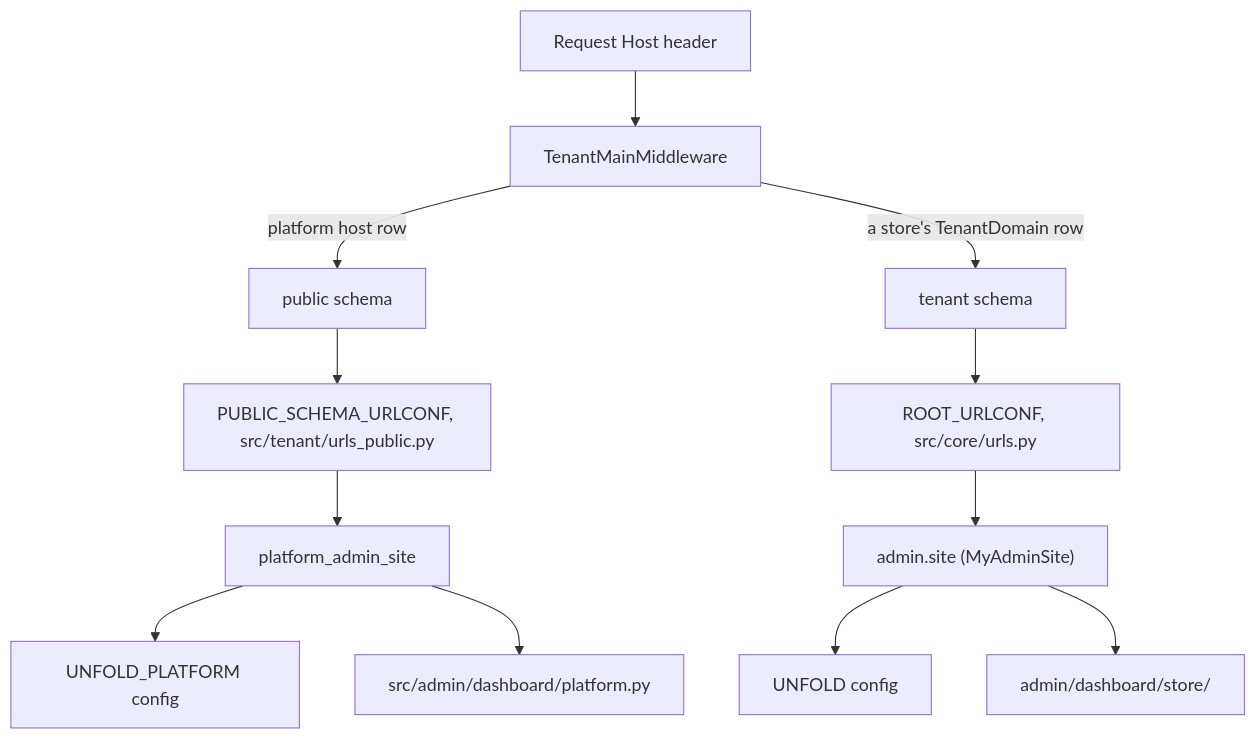
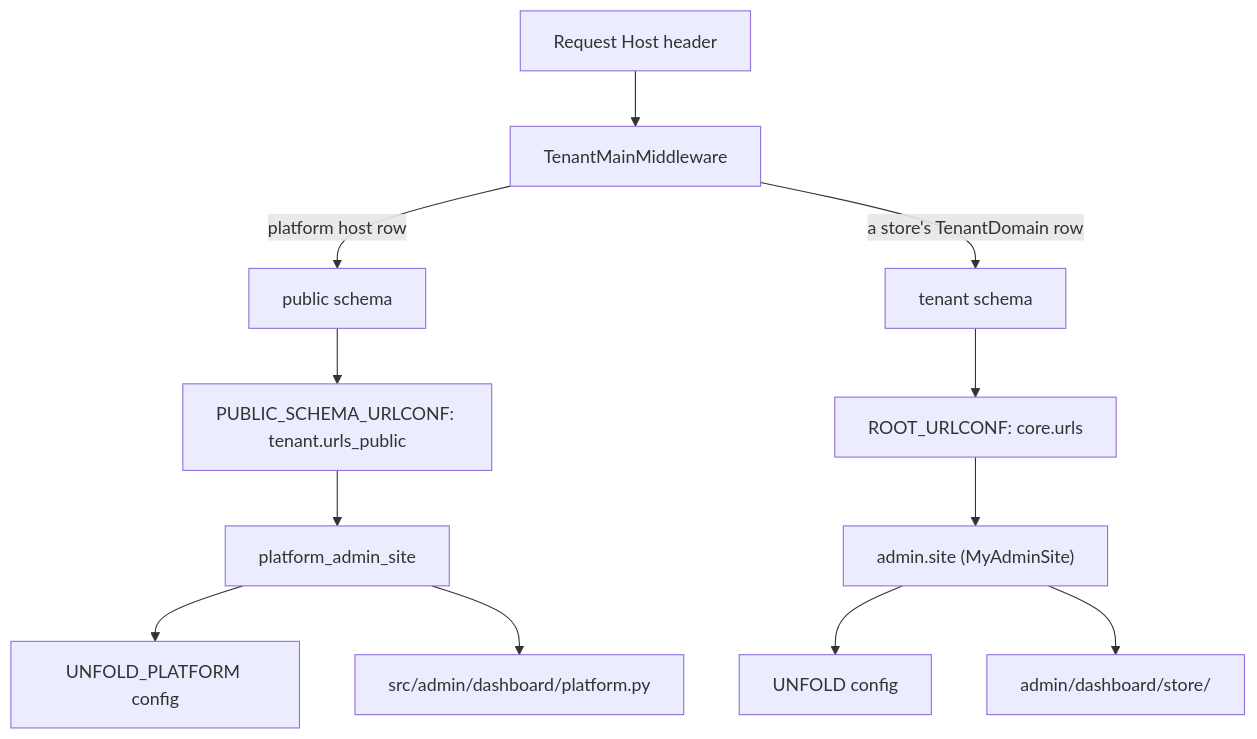
One commit to vasilistotskas/grooveshop-docs changed the diagram in src/dev/operator/index.md. Above: the diagram before and after it, drawn with Mermaid. The commit also changed other lines of this file and 12 other files, not shown here.

````diff
--- a/src/dev/operator/index.md
+++ b/src/dev/operator/index.md
@@ -23,14 +23,14 @@
 ```mermaid
 flowchart TD
   H["Request Host header"] --> TMM["TenantMainMiddleware"]
   TMM -- "platform host row" --> PUB["public schema"]
   TMM -- "a store's TenantDomain row" --> TEN["tenant schema"]
-  PUB --> PUC["PUBLIC_SCHEMA_URLCONF, src/tenant/urls_public.py"]
-  TEN --> RUC["ROOT_URLCONF, src/core/urls.py"]
+  PUB --> PUC["PUBLIC_SCHEMA_URLCONF: tenant.urls_public"]
+  TEN --> RUC["ROOT_URLCONF: core.urls"]
   PUC --> PSITE["platform_admin_site"]
   RUC --> SSITE["admin.site (MyAdminSite)"]
   PSITE --> UP["UNFOLD_PLATFORM config"]
   SSITE --> UF["UNFOLD config"]
   PSITE --> PDASH["src/admin/dashboard/platform.py"]
   SSITE --> SDASH["admin/dashboard/store/"]
 ```
````
